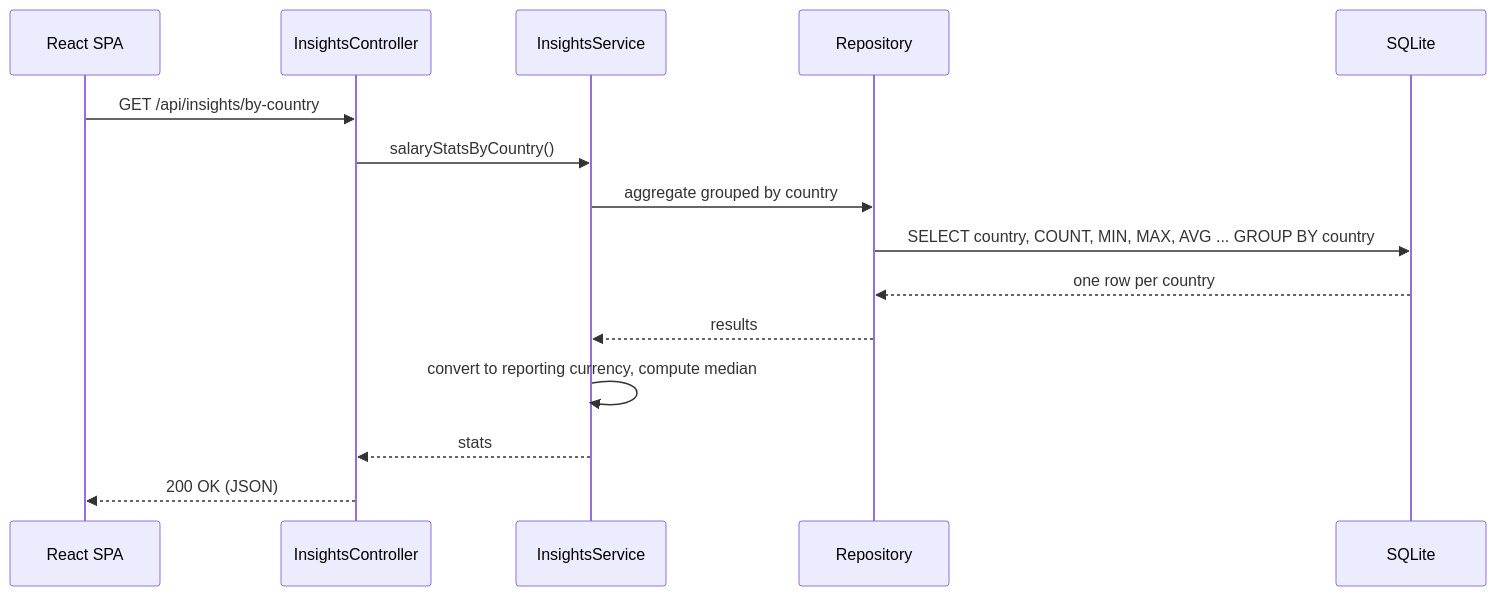
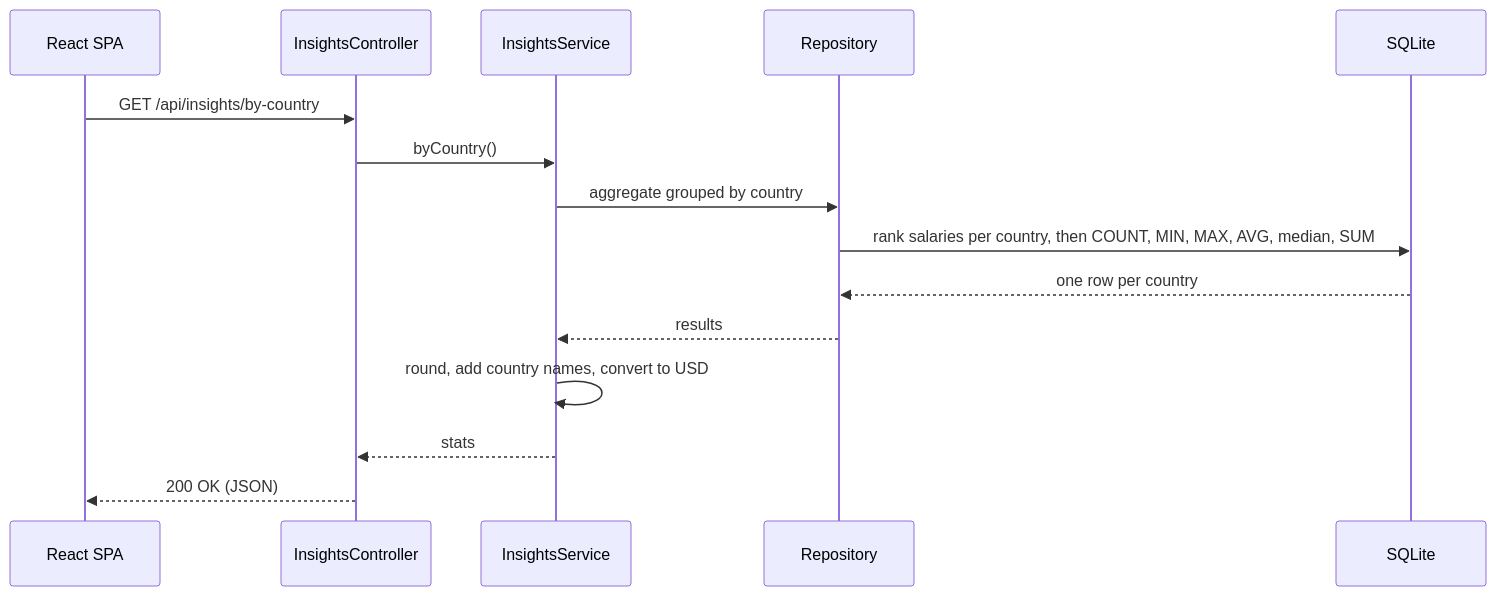
Before and after one commit to kuttekiran97/salary-management-system: the second of 5 diagrams in docs/architecture.md, drawn with Mermaid. The commit also changed other lines of this file and 3 other files, not shown here.

````diff
--- a/docs/architecture.md
+++ b/docs/architecture.md
@@ -55,18 +56,18 @@
 ```mermaid
 sequenceDiagram
     participant UI as React SPA
     participant C as InsightsController
     participant S as InsightsService
     participant R as Repository
     participant DB as SQLite
 
     UI->>C: GET /api/insights/by-country
-    C->>S: salaryStatsByCountry()
+    C->>S: byCountry()
     S->>R: aggregate grouped by country
-    R->>DB: SELECT country, COUNT, MIN, MAX, AVG ... GROUP BY country
+    R->>DB: rank salaries per country, then COUNT, MIN, MAX, AVG, median, SUM
     DB-->>R: one row per country
     R-->>S: results
-    S->>S: convert to reporting currency, compute median
+    S->>S: round, add country names, convert to USD
     S-->>C: stats
     C-->>UI: 200 OK (JSON)
 ```
````
